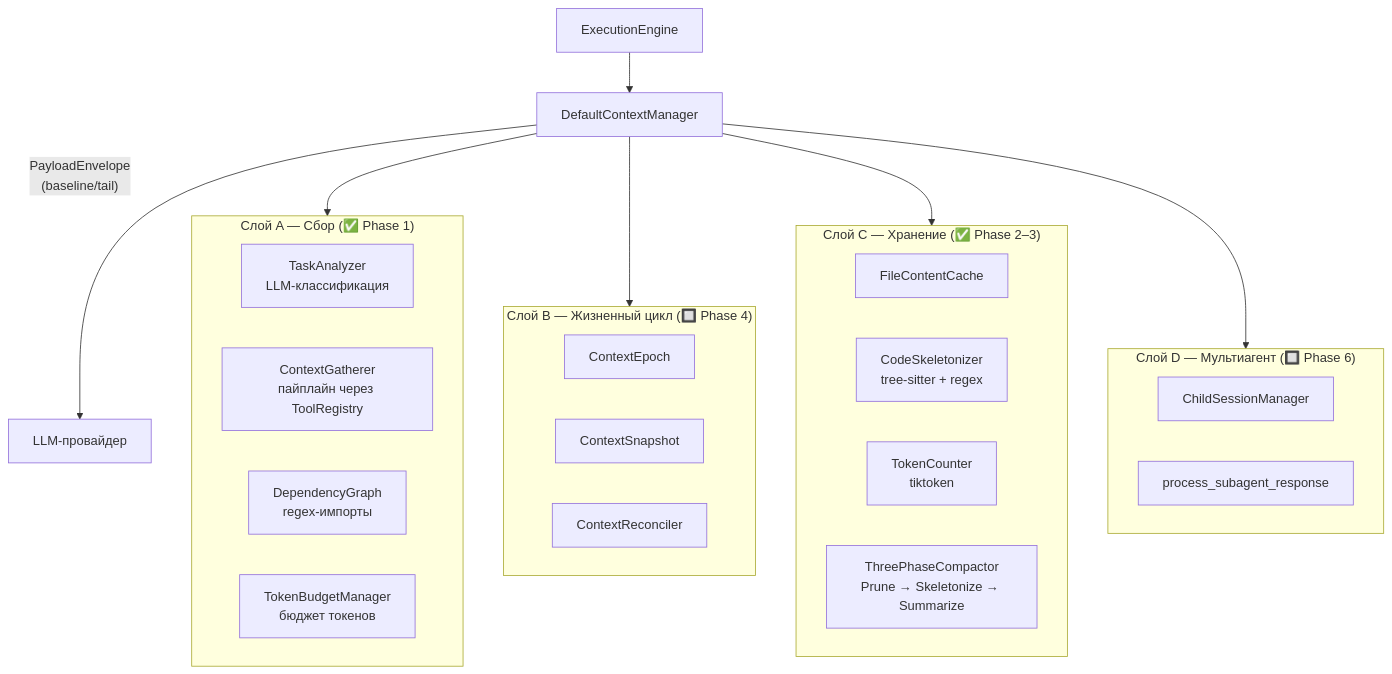
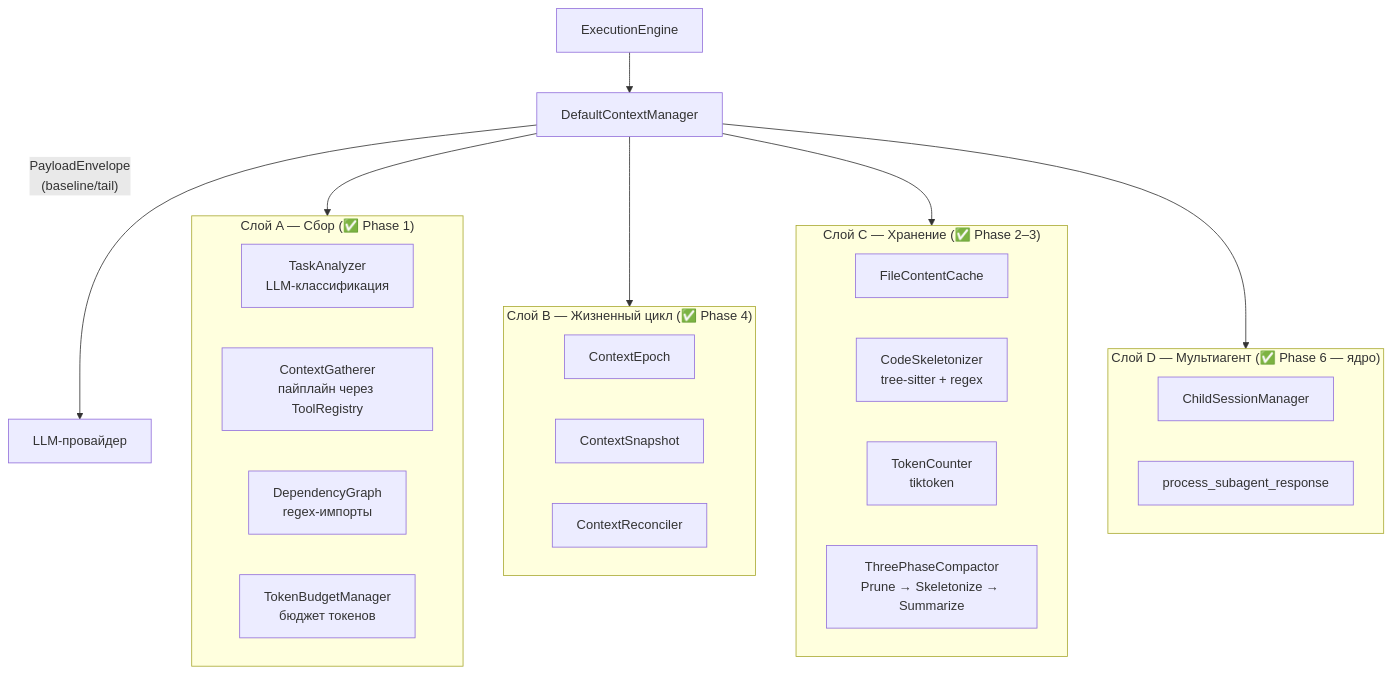
One commit to pese-git/codelab-agent changed diagram 12 of 22 in doc/internals/architecture/ARCHITECTURE.md. Above: the diagram before and after it, drawn with Mermaid. The commit also changed other lines of this file and 2 other files, not shown here.

First line of the commit message:
docs(arch): актуализировать mermaid-диаграммы после рефакторинга

````diff
--- a/doc/internals/architecture/ARCHITECTURE.md
+++ b/doc/internals/architecture/ARCHITECTURE.md
@@ -894,34 +894,34 @@
 ```mermaid
 graph TD
     subgraph LayerA["Слой A — Сбор (✅ Phase 1)"]
         TA[TaskAnalyzer<br/>LLM-классификация]
         CG[ContextGatherer<br/>пайплайн через ToolRegistry]
         DG[DependencyGraph<br/>regex-импорты]
         BM[TokenBudgetManager<br/>бюджет токенов]
     end
 
-    subgraph LayerB["Слой B — Жизненный цикл (🔲 Phase 4)"]
+    subgraph LayerB["Слой B — Жизненный цикл (✅ Phase 4)"]
         CE[ContextEpoch]
         CS[ContextSnapshot]
         CR[ContextReconciler]
     end
 
     subgraph LayerC["Слой C — Хранение (✅ Phase 2–3)"]
         FCC[FileContentCache]
         SK[CodeSkeletonizer<br/>tree-sitter + regex]
         TC[TokenCounter<br/>tiktoken]
         CP[ThreePhaseCompactor<br/>Prune → Skeletonize → Summarize]
     end
 
-    subgraph LayerD["Слой D — Мультиагент (🔲 Phase 6)"]
+    subgraph LayerD["Слой D — Мультиагент (✅ Phase 6 — ядро)"]
         CSM[ChildSessionManager]
         PSR[process_subagent_response]
     end
 
     EE[ExecutionEngine] --> CM[DefaultContextManager]
     CM --> LayerA
     CM --> LayerB
     CM --> LayerC
     CM --> LayerD
     CM -->|"PayloadEnvelope<br/>(baseline/tail)"| LLM[LLM-провайдер]
 ```
````
